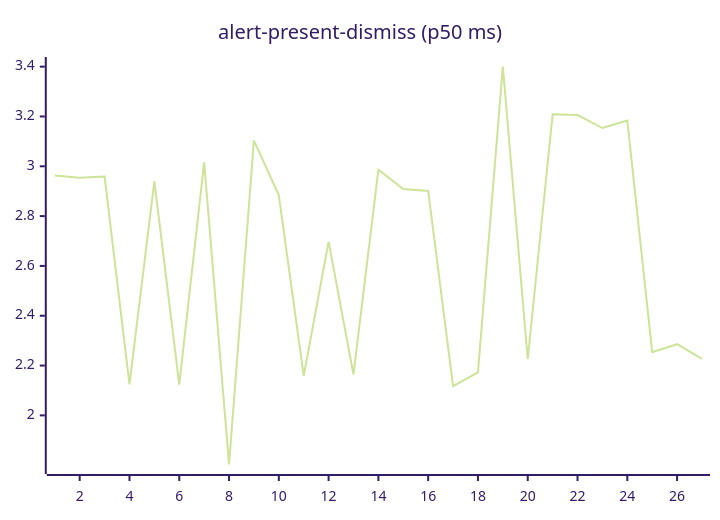
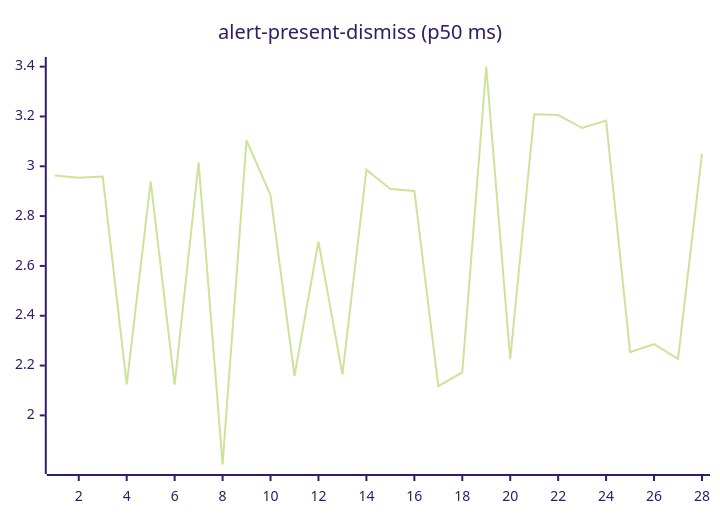
The second of 27 diagrams in README.md (josha/Facet), drawn with Mermaid (forest theme) before and after one commit. The commit also changed other lines of this file and 2 other files, not shown here.

````diff
--- a/README.md
+++ b/README.md
@@ -70,6 +70,6 @@
 ```mermaid
 xychart-beta
     title "alert-present-dismiss (p50 ms)"
-    x-axis 1 --> 27
-    line [2.9632, 2.9538, 2.9589, 2.1244, 2.9396, 2.1232, 3.0157, 1.8028, 3.1043, 2.8834, 2.1588, 2.6974, 2.1643, 2.9862, 2.9085, 2.9011, 2.1177, 2.1729, 3.4006, 2.2253, 3.2090, 3.2058, 3.1536, 3.1837, 2.2536, 2.2857, 2.2272]
+    x-axis 1 --> 28
+    line [2.9632, 2.9538, 2.9589, 2.1244, 2.9396, 2.1232, 3.0157, 1.8028, 3.1043, 2.8834, 2.1588, 2.6974, 2.1643, 2.9862, 2.9085, 2.9011, 2.1177, 2.1729, 3.4006, 2.2253, 3.2090, 3.2058, 3.1536, 3.1837, 2.2536, 2.2857, 2.2272, 3.0496]
 ```
````
